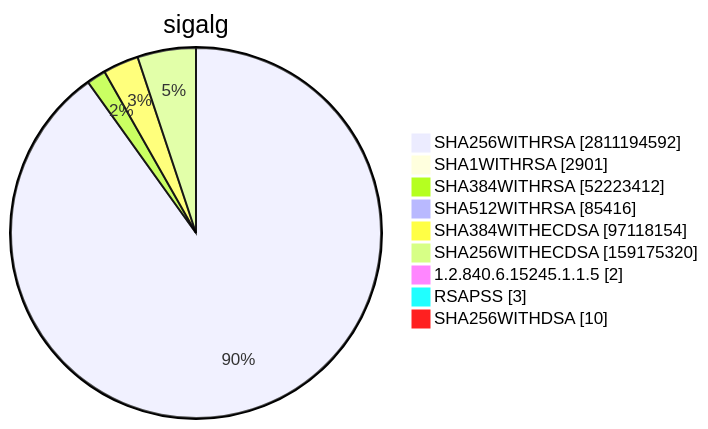
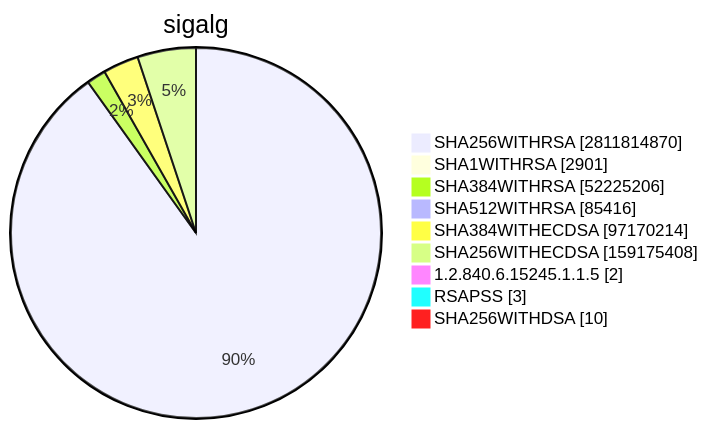
Before and after one commit to christiankrug/ctmonitor_visualization: diagram 15 of 15 in TOTAL/README.md, drawn with Mermaid. The commit also changed other lines of this file, not shown here.

````diff
--- a/TOTAL/README.md
+++ b/TOTAL/README.md
@@ -6205,13 +6205,13 @@
 ```mermaid
 pie showData
 title sigalg
-"SHA256WITHRSA" :2811194592
+"SHA256WITHRSA" :2811814870
 "SHA1WITHRSA" :2901
-"SHA384WITHRSA" :52223412
+"SHA384WITHRSA" :52225206
 "SHA512WITHRSA" :85416
-"SHA384WITHECDSA" :97118154
-"SHA256WITHECDSA" :159175320
+"SHA384WITHECDSA" :97170214
+"SHA256WITHECDSA" :159175408
 "1.2.840.6.15245.1.1.5" :2
 "RSAPSS" :3
 "SHA256WITHDSA" :10
 ```
````
